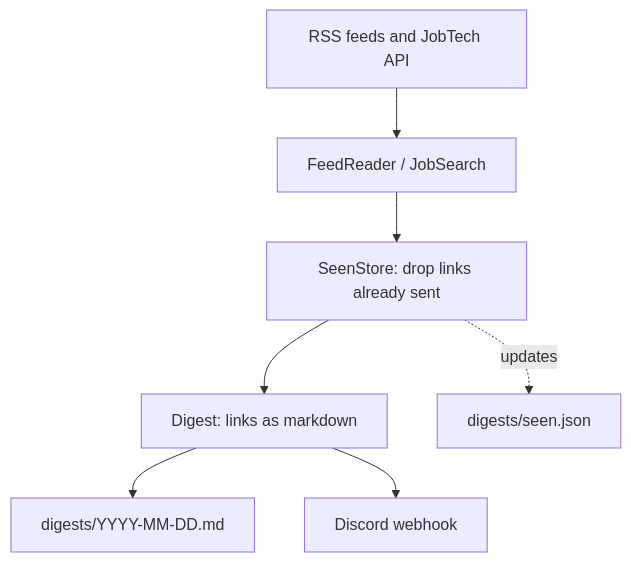
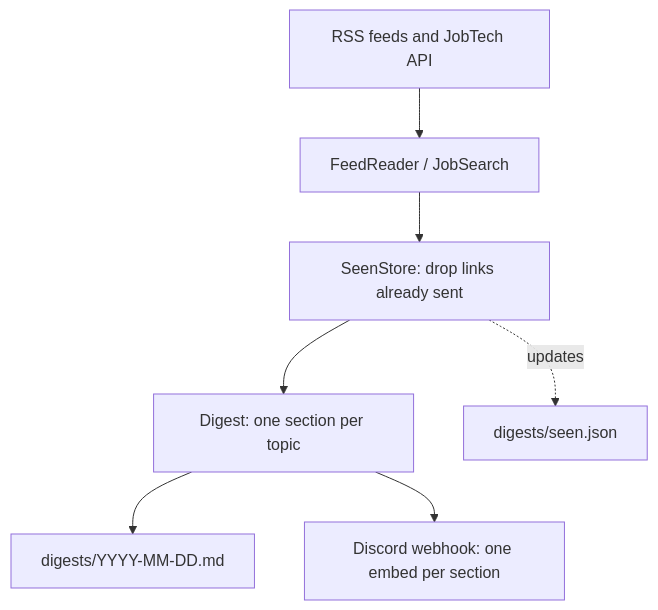
One commit to Megjafari/dev-digest changed the diagram in README.md. Above: the diagram before and after it, drawn with Mermaid. The commit also changed other lines of this file and 8 other files, not shown here.

First line of the commit message:
Send the digest as Discord embeds

````diff
--- a/README.md
+++ b/README.md
@@ -55,9 +55,9 @@
 ```mermaid
 flowchart TD
     A[RSS feeds and JobTech API] --> B[FeedReader / JobSearch]
     B --> C[SeenStore: drop links already sent]
-    C --> E[Digest: links as markdown]
+    C --> E[Digest: one section per topic]
     E --> F[digests/YYYY-MM-DD.md]
-    E --> G[Discord webhook]
+    E --> G[Discord webhook: one embed per section]
     C -. updates .-> H[digests/seen.json]
 ```
````
